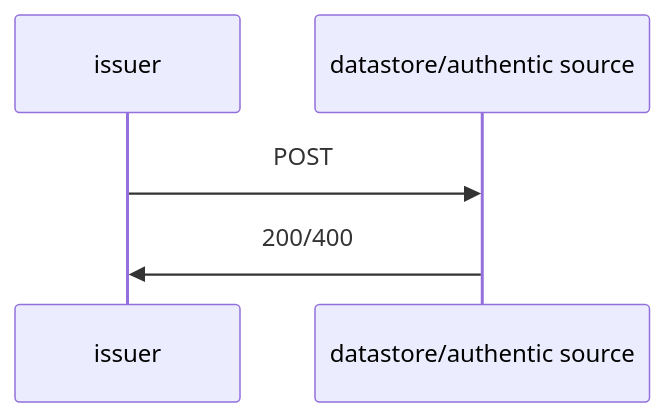
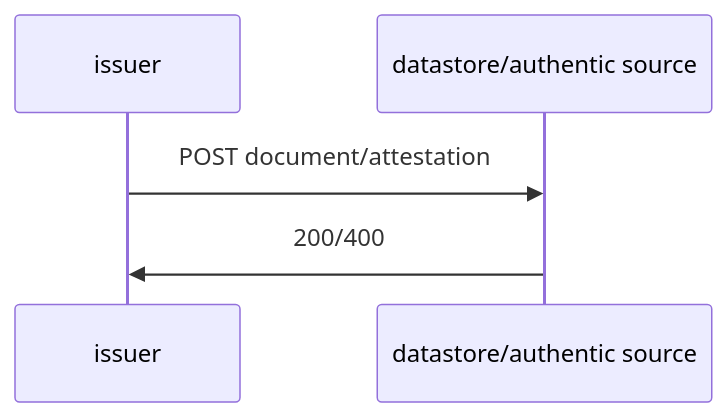
The fourth of 8 diagrams in standards/apiv21.md (dc4eu/vc), drawn with Mermaid before and after one commit. The commit also changed other lines of this file, not shown here.

````diff
--- a/standards/apiv21.md
+++ b/standards/apiv21.md
@@ -175,5 +175,5 @@
 ```mermaid
 sequenceDiagram;
-    issuer->>datastore/authentic source: POST;
+    issuer->>datastore/authentic source: POST document/attestation;
     datastore/authentic source->>issuer: 200/400;
 ```
````
